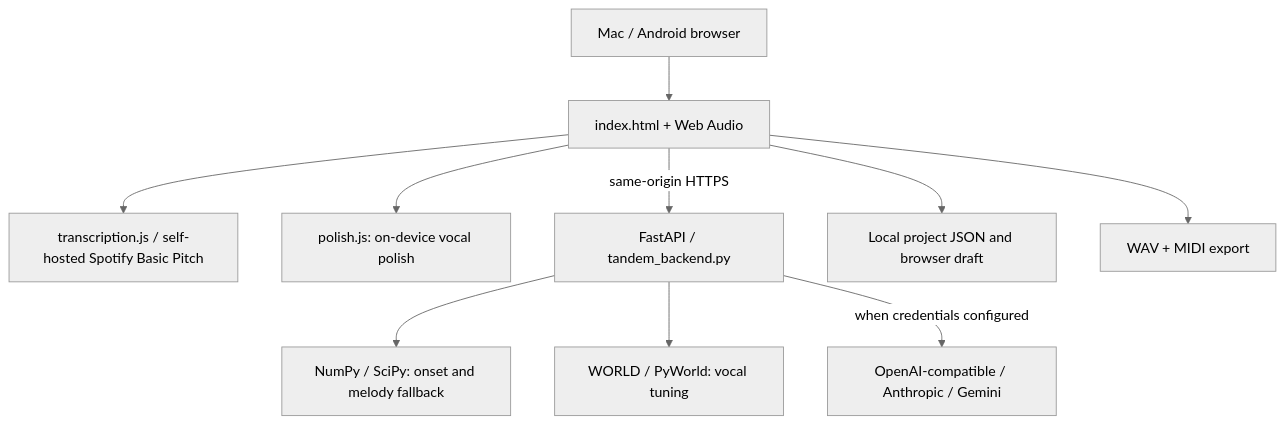
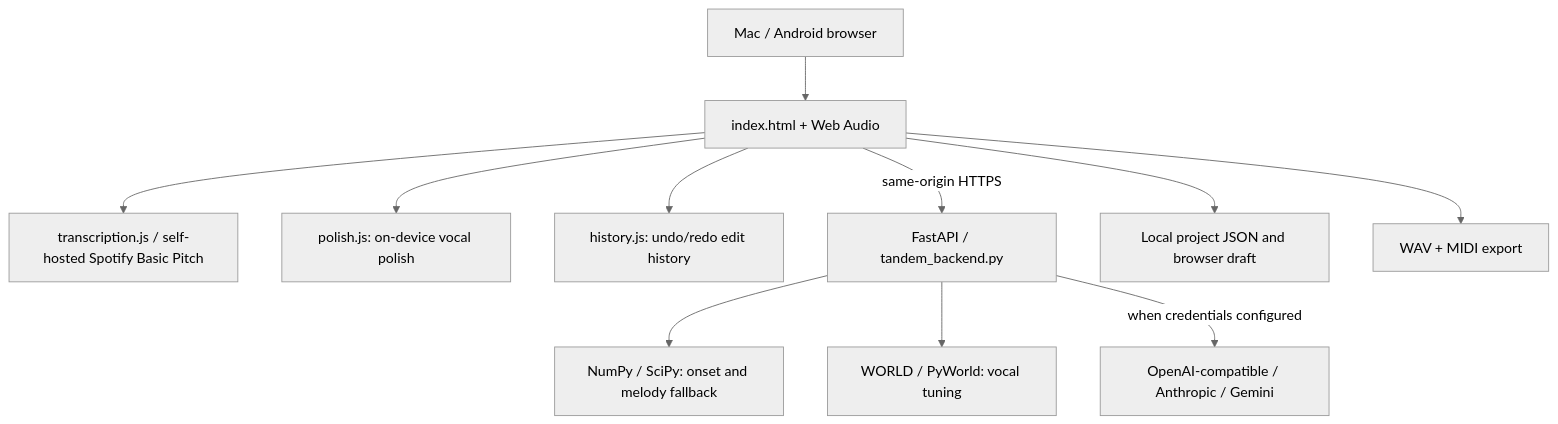
One commit to ogoldberg/tandem-music changed the diagram in docs/ARCHITECTURE.md. Above: the diagram before and after it, drawn with Mermaid (neutral theme). The commit also changed other lines of this file and 13 other files, not shown here.

First line of the commit message:
EDIT.1: undo/redo edit history (#16)

````diff
--- a/docs/ARCHITECTURE.md
+++ b/docs/ARCHITECTURE.md
@@ -7,12 +7,13 @@
 ```mermaid
 flowchart TD
   User[Mac / Android browser] --> UI[index.html + Web Audio]
   UI --> Basic[transcription.js / self-hosted Spotify Basic Pitch]
   UI --> Polish[polish.js: on-device vocal polish]
+  UI --> History[history.js: undo/redo edit history]
   UI -->|same-origin HTTPS| API[FastAPI / tandem_backend.py]
   API --> DSP[NumPy / SciPy: onset and melody fallback]
   API --> World[WORLD / PyWorld: vocal tuning]
   API -->|when credentials configured| LLM[OpenAI-compatible / Anthropic / Gemini]
   UI --> Local[Local project JSON and browser draft]
   UI --> Export[WAV + MIDI export]
 ```
````
